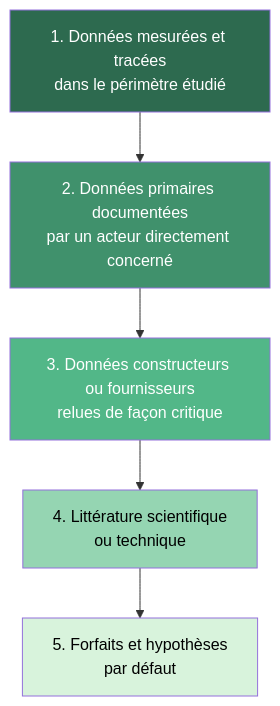
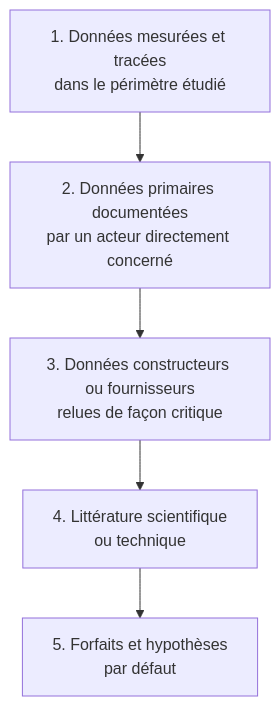
Before and after one commit to digital4better/methodology: the diagram in docs/regles/hypotheses-valeurs-par-defaut-et-hierarchie-des-sources.md, drawn with Mermaid. The commit also changed other lines of this file and 193 other files, not shown here.

````diff
--- a/docs/regles/hypotheses-valeurs-par-defaut-et-hierarchie-des-sources.md
+++ b/docs/regles/hypotheses-valeurs-par-defaut-et-hierarchie-des-sources.md
@@ -15,13 +13,13 @@
 ```mermaid
 flowchart TD
     M[1. Données mesurées et tracées<br>dans le périmètre étudié] --> P[2. Données primaires documentées<br>par un acteur directement concerné]
     P --> F[3. Données constructeurs ou fournisseurs<br>relues de façon critique]
     F --> L[4. Littérature scientifique<br>ou technique]
     L --> D[5. Forfaits et hypothèses<br>par défaut]
 
-    style M fill:#2d6a4f,color:#fff
-    style P fill:#40916c,color:#fff
-    style F fill:#52b788,color:#fff
-    style L fill:#95d5b2,color:#000
-    style D fill:#d8f3dc,color:#000
+    class M d4b-navy
+    class P d4b-blue
+    class F d4b-rose
+    class L d4b-sand
+    class D d4b-blue
 ```
````
